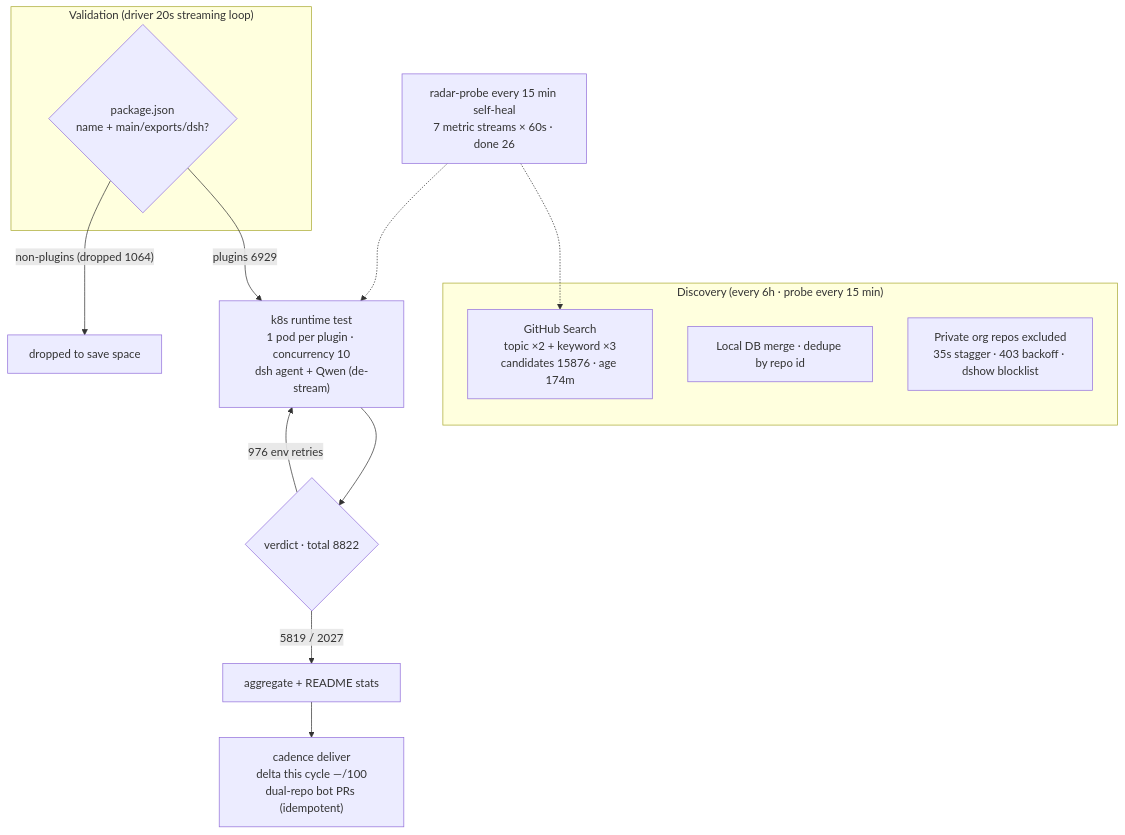
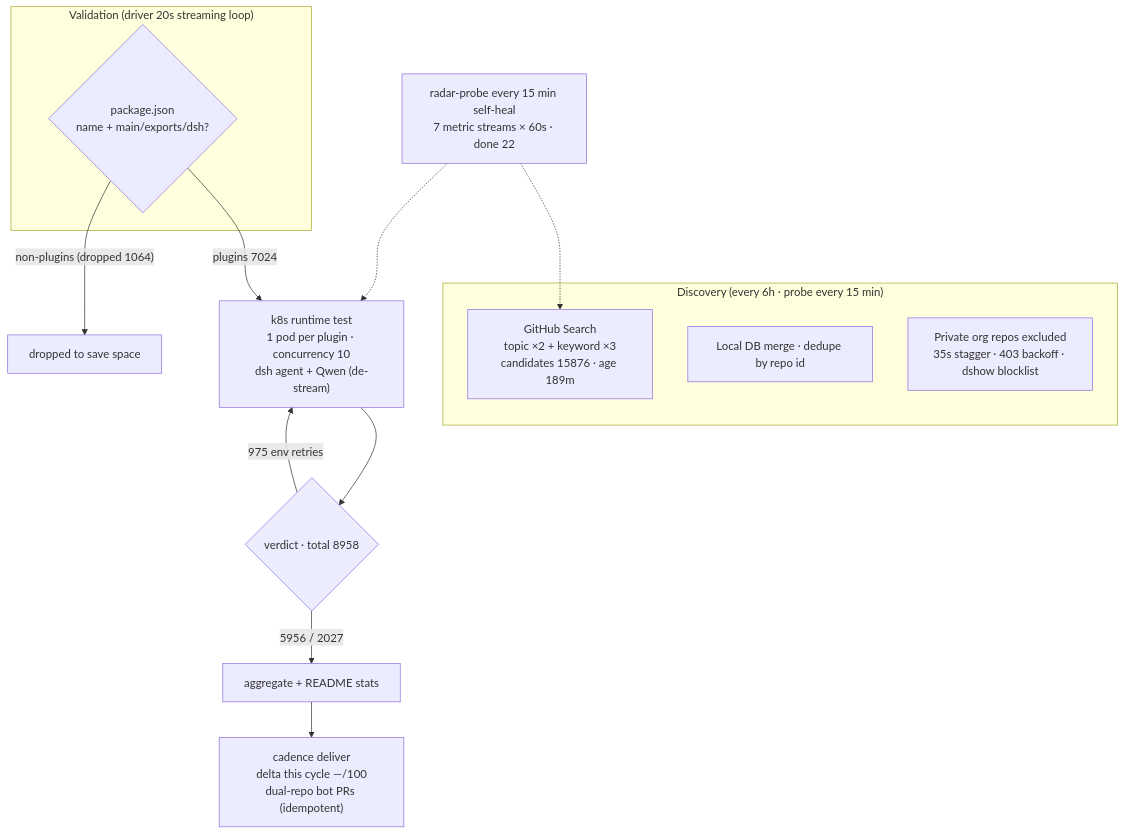
Before and after one commit to AdamPlatin123/awesome-dsh-plugins: the diagram in README.en-US.md, drawn with Mermaid. The commit also changed other lines of this file and 4 other files, not shown here.

````diff
--- a/README.en-US.md
+++ b/README.en-US.md
@@ -30,20 +30,20 @@
 ```mermaid
 flowchart TB
     subgraph Discovery["Discovery (every 6h · probe every 15 min)"]
-        A1["GitHub Search<br/>topic ×2 + keyword ×3<br/>candidates 15876 · age 174m"]
+        A1["GitHub Search<br/>topic ×2 + keyword ×3<br/>candidates 15876 · age 189m"]
         A2["Local DB merge · dedupe by repo id"]
         A3["Private org repos excluded<br/>35s stagger · 403 backoff · dshow blocklist"]
     end
     subgraph Validation["Validation (driver 20s streaming loop)"]
         B1{"package.json<br/>name + main/exports/dsh?"}
     end
-    B1 -->|"plugins 6929"| C1["k8s runtime test<br/>1 pod per plugin · concurrency 10<br/>dsh agent + Qwen (de-stream)"]
+    B1 -->|"plugins 7024"| C1["k8s runtime test<br/>1 pod per plugin · concurrency 10<br/>dsh agent + Qwen (de-stream)"]
     B1 -->|"non-plugins (dropped 1064)"| B3["dropped to save space"]
-    C1 --> D1{"verdict · total 8822"}
-    D1 -->|"5819 / 2027"| E1["aggregate + README stats"]
-    D1 -->|"976 env retries"| C1
+    C1 --> D1{"verdict · total 8958"}
+    D1 -->|"5956 / 2027"| E1["aggregate + README stats"]
+    D1 -->|"975 env retries"| C1
     E1 --> E2["cadence deliver<br/>delta this cycle —/100<br/>dual-repo bot PRs (idempotent)"]
-    M["radar-probe every 15 min self-heal<br/>7 metric streams × 60s · done 26"]
+    M["radar-probe every 15 min self-heal<br/>7 metric streams × 60s · done 22"]
     M -.-> A1
     M -.-> C1
 ```
````
